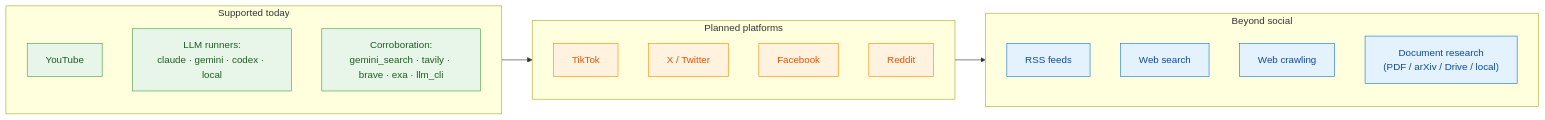
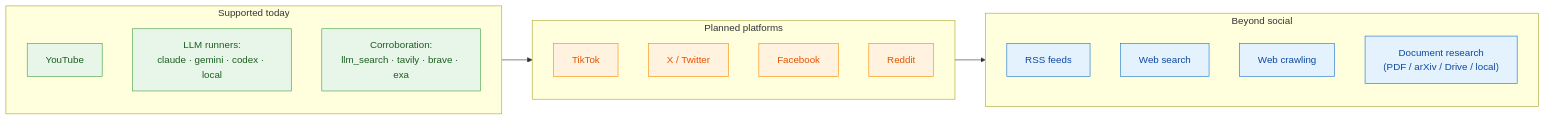
One commit to reshinto/social-research-probe changed the diagram in docs/diagrams/src/roadmap.mmd. Above: the diagram before and after it, drawn with Mermaid. The commit also changed 108 other files, not shown here.

```diff
--- a/docs/diagrams/src/roadmap.mmd
+++ b/docs/diagrams/src/roadmap.mmd
@@ -1,33 +1,33 @@
 graph LR
     subgraph TODAY["Supported today"]
         direction TB
         P1["YouTube"]
         R1["LLM runners:<br/>claude · gemini · codex · local"]
-        B1["Corroboration:<br/>gemini_search · tavily · brave · exa · llm_cli"]
+        B1["Corroboration:<br/>llm_search · tavily · brave · exa"]
     end
 
     subgraph NEXT["Planned platforms"]
         direction TB
         P2["TikTok"]
         P3["X / Twitter"]
         P4["Facebook"]
         P5["Reddit"]
     end
 
     subgraph LATER["Beyond social"]
         direction TB
         P6["RSS feeds"]
         P7["Web search"]
         P8["Web crawling"]
         P9["Document research<br/>(PDF / arXiv / Drive / local)"]
     end
 
     TODAY --> NEXT
     NEXT --> LATER
 
     classDef today fill:#e8f5e9,stroke:#43a047,color:#1b5e20;
     classDef planned fill:#fff3e0,stroke:#fb8c00,color:#e65100;
     classDef later fill:#e3f2fd,stroke:#1976d2,color:#0d47a1;
     class P1,R1,B1 today;
     class P2,P3,P4,P5 planned;
     class P6,P7,P8,P9 later;
```
